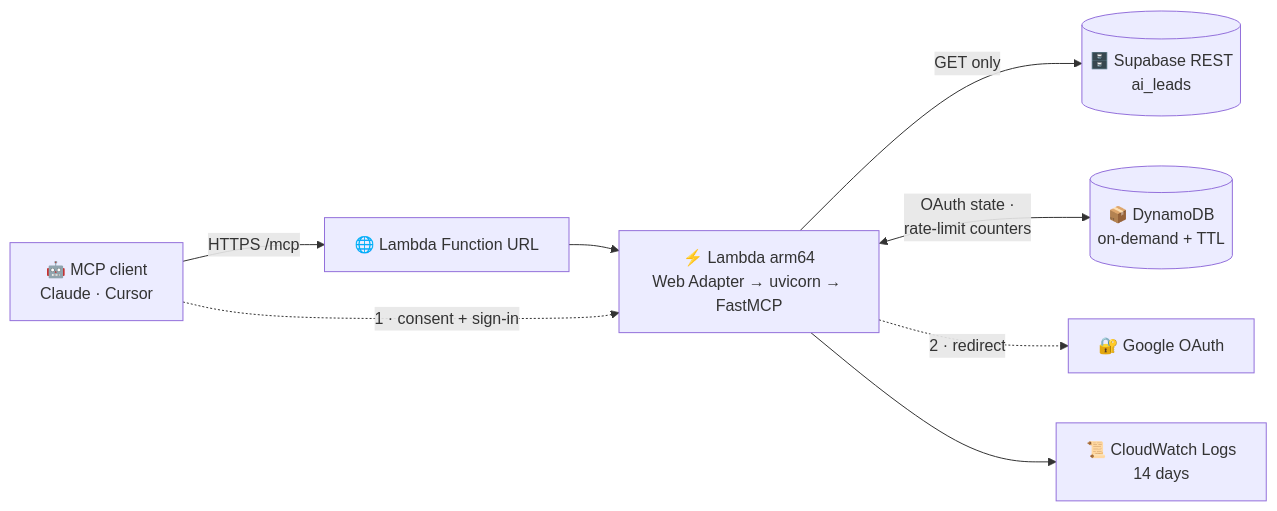
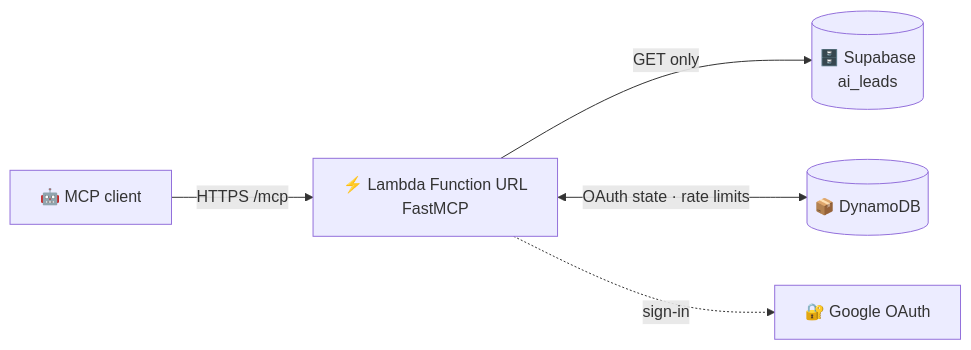
Before and after one commit to DavitGadyan/ai-jobs: the diagram in README.md, drawn with Mermaid. The commit also changed other lines of this file and 6 other files, not shown here.

````diff
--- a/README.md
+++ b/README.md
@@ -49,10 +52,7 @@
 ```mermaid
 flowchart LR
-    C["🤖 MCP client<br/>Claude · Cursor"] -->|"HTTPS /mcp"| U["🌐 Lambda Function URL"]
-    U --> L["⚡ Lambda arm64<br/>Web Adapter → uvicorn → FastMCP"]
-    L -->|"GET only"| S[("🗄️ Supabase REST<br/>ai_leads")]
-    L <-->|"OAuth state ·<br/>rate-limit counters"| D[("📦 DynamoDB<br/>on-demand + TTL")]
-    C -.->|"1 · consent + sign-in"| L
-    L -.->|"2 · redirect"| G["🔐 Google OAuth"]
-    L --> W["📜 CloudWatch Logs<br/>14 days"]
+    C["🤖 MCP client"] -->|"HTTPS /mcp"| L["⚡ Lambda Function URL<br/>FastMCP"]
+    L -->|"GET only"| S[("🗄️ Supabase<br/>ai_leads")]
+    L <-->|"OAuth state · rate limits"| D[("📦 DynamoDB")]
+    L -.->|"sign-in"| G["🔐 Google OAuth"]
 ```
````
